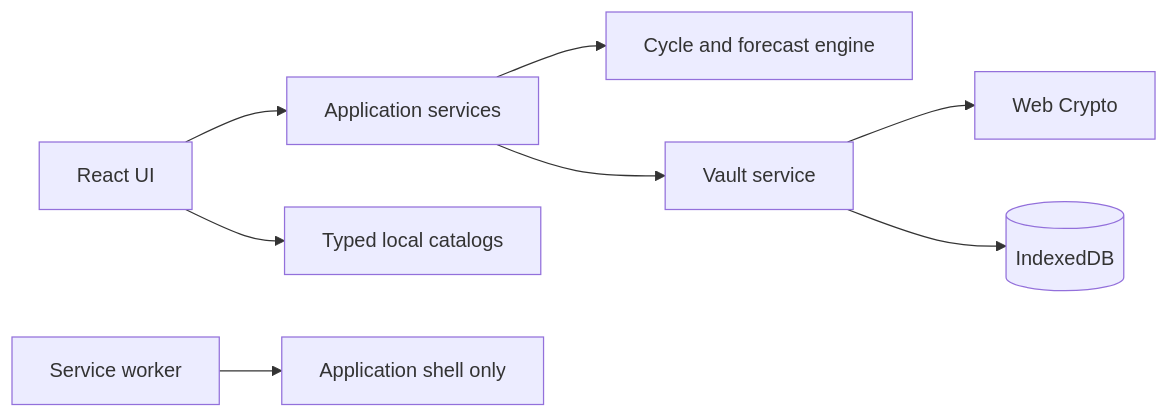
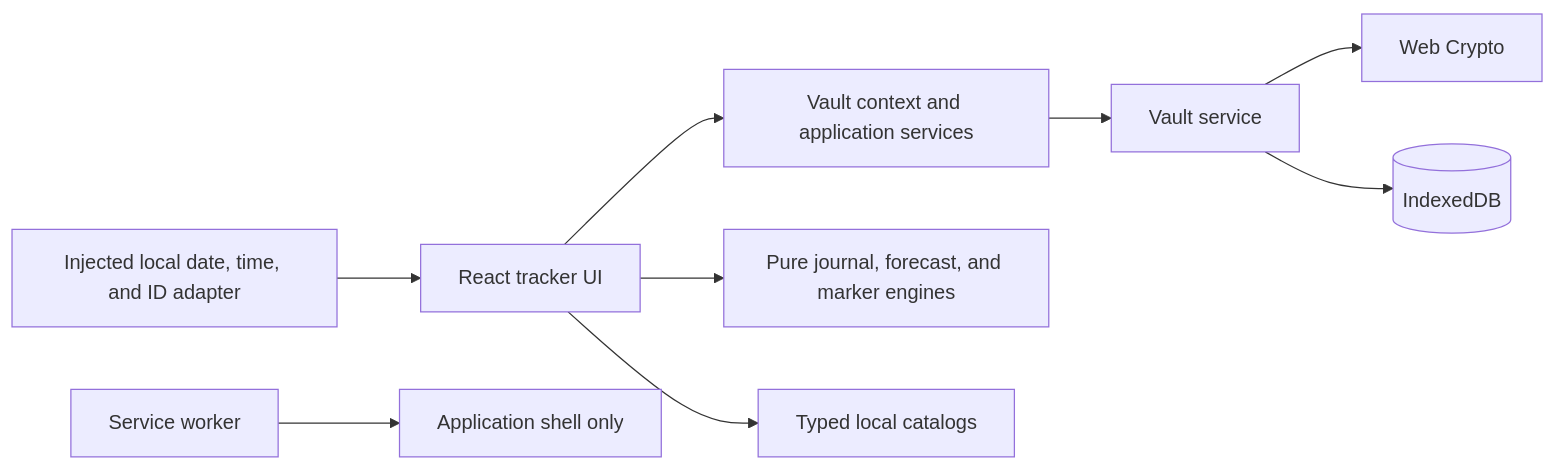
The diagram in README.md (vsakhovski/perfectdays), drawn with Mermaid before and after one commit. The commit also changed other lines of this file and 43 other files, not shown here.

````diff
--- a/README.md
+++ b/README.md
@@ -349,10 +365,11 @@
 ```mermaid
 flowchart LR
-    UI[React UI] --> APP[Application services]
+    UI[React tracker UI] --> APP[Vault context and application services]
+    UI --> DOMAIN[Pure journal, forecast, and marker engines]
     UI --> I18N[Typed local catalogs]
-    APP --> DOMAIN[Cycle and forecast engine]
     APP --> VAULT[Vault service]
     VAULT --> CRYPTO[Web Crypto]
     VAULT --> DB[(IndexedDB)]
+    PLATFORM[Injected local date, time, and ID adapter] --> UI
     SW[Service worker] --> SHELL[Application shell only]
 ```
````
